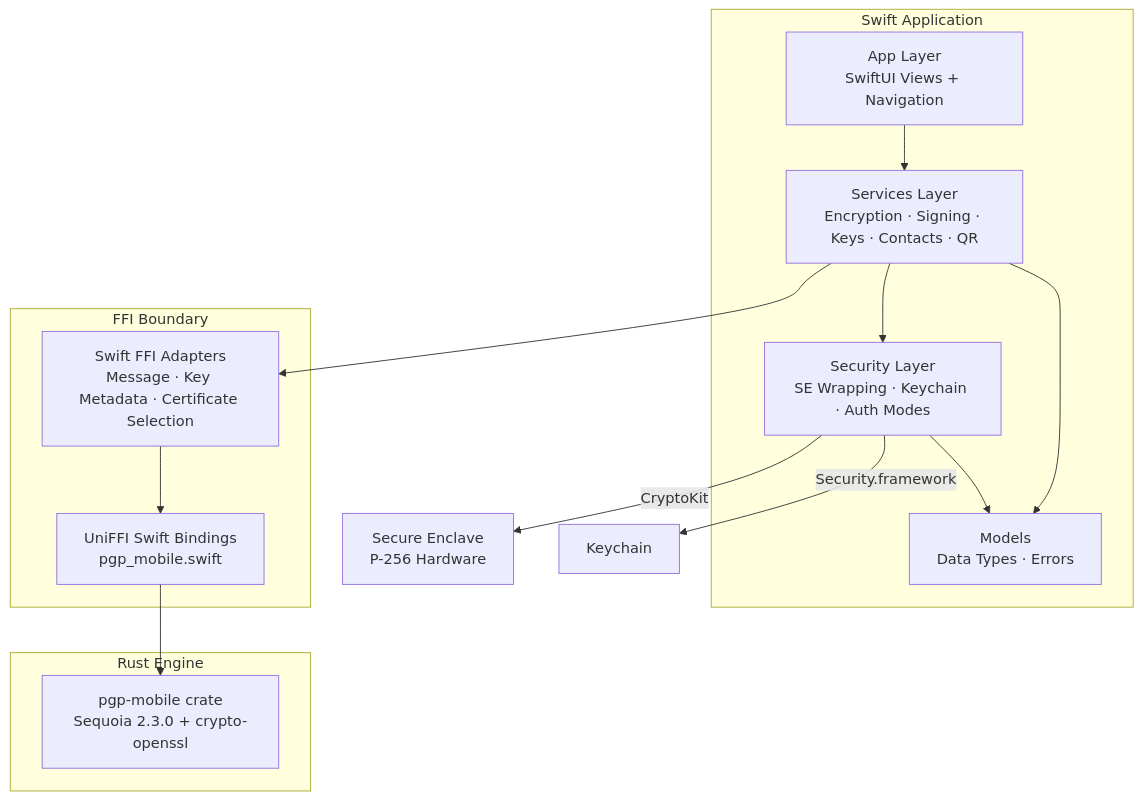
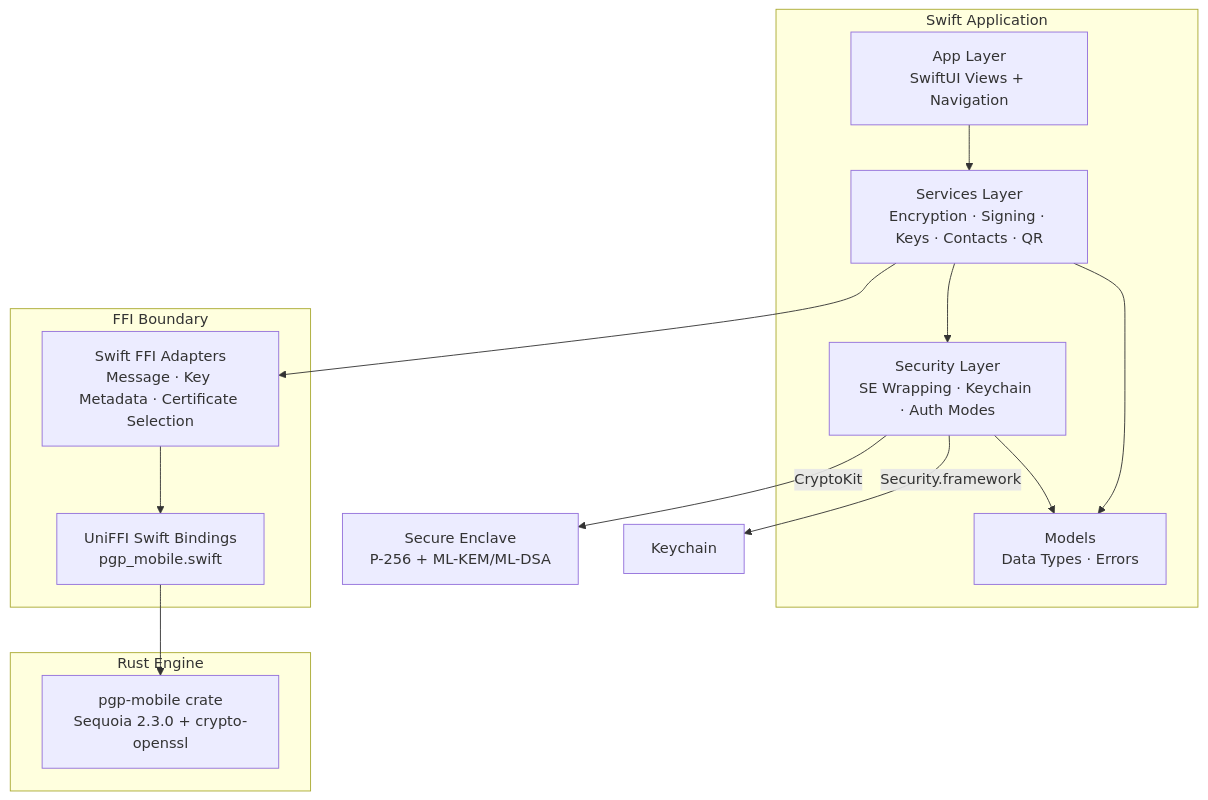
The first of 7 diagrams in docs/ARCHITECTURE.md (cypherair/cypherair), drawn with Mermaid before and after one commit. The commit also changed 4 other files, not shown here.

First line of the commit message:
docs: fix stale 'Secure Enclave only P-256' claims and trim entry-doc over-fold

````diff
--- a/docs/ARCHITECTURE.md
+++ b/docs/ARCHITECTURE.md
@@ -15,28 +15,28 @@
 ```mermaid
 graph TB
     subgraph "Swift Application"
         UI["App Layer<br/>SwiftUI Views + Navigation"]
         SVC["Services Layer<br/>Encryption · Signing · Keys · Contacts · QR"]
         SEC["Security Layer<br/>SE Wrapping · Keychain · Auth Modes"]
         MOD["Models<br/>Data Types · Errors"]
     end
 
     subgraph "FFI Boundary"
         ADAPT["Swift FFI Adapters<br/>Message · Key Metadata · Certificate Selection"]
         BIND["UniFFI Swift Bindings<br/>pgp_mobile.swift"]
     end
 
     subgraph "Rust Engine"
         PGP["pgp-mobile crate<br/>Sequoia 2.3.0 + crypto-openssl"]
     end
 
     UI --> SVC
     SVC --> SEC
     SVC --> ADAPT
     ADAPT --> BIND
-    SEC --> |CryptoKit| SE["Secure Enclave<br/>P-256 Hardware"]
+    SEC --> |CryptoKit| SE["Secure Enclave<br/>P-256 + ML-KEM/ML-DSA"]
     SEC --> |Security.framework| KC["Keychain"]
     BIND --> PGP
     SVC --> MOD
     SEC --> MOD
 ```
````
